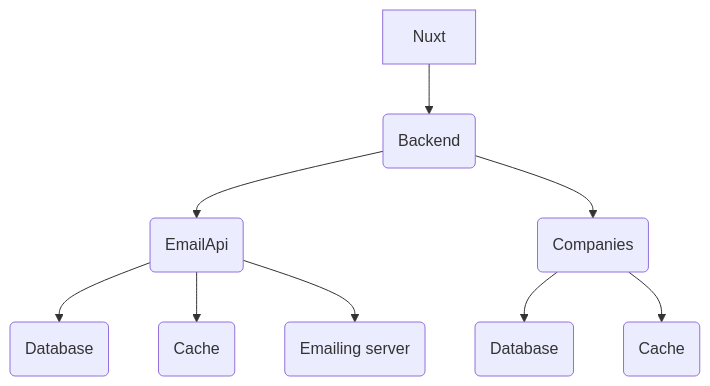
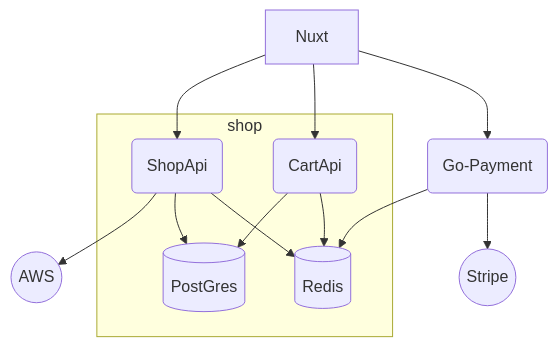
Before and after one commit to Zadigo/mycommerce: the first of 4 diagrams in docs/ARCHITECTURE.md, drawn with Mermaid. The commit also changed other lines of this file, not shown here.

````diff
--- a/docs/ARCHITECTURE.md
+++ b/docs/ARCHITECTURE.md
@@ -55,14 +55,21 @@
 ```mermaid
 flowchart
-    A[Nuxt] --> B(Backend)
-    B --> C(EmailApi)
 
-    C --> D(Database)
-    C --> E(Cache)
+A[Nuxt] --> S(ShopApi)
+A --> C(CartApi)
 
-    B --> F(Companies)
-    F --> G(Database)
-    F --> H(Cache)
+A --> G(Go-Payment)
+S --> AW((AWS))
 
-    C --> I(Emailing server)
+G --> R[(Redis)]
+
+subgraph shop
+S --> P[(PostGres)]
+S --> R
+C --> P
+C --> R
+end
+
+
+G --> ST((Stripe))
 ```
````
